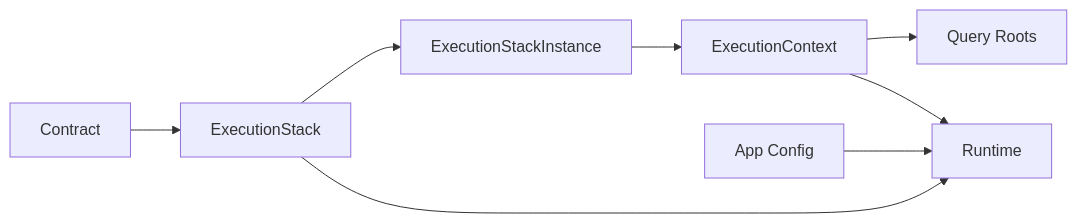
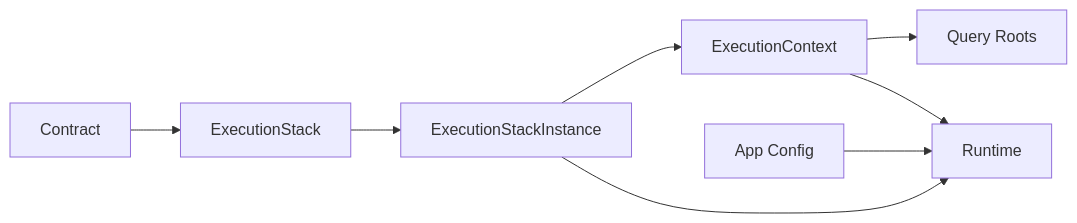
One commit to prisma/prisma-next changed the diagram in examples/prisma-next-demo/README.md. Above: the diagram before and after it, drawn with Mermaid. The commit also changed 2 other files, not shown here.

Commit message:
docs: address PR feedback on runtime docs and tests
- Rename test to reflect offline mode creation rather than driver behavior
- Fix driverOptions shape to use nested connect pattern in docs
- Fix architecture diagram to show Runtime from StackInstance not Stack

````diff
--- a/examples/prisma-next-demo/README.md
+++ b/examples/prisma-next-demo/README.md
@@ -64,10 +64,10 @@
 ```mermaid
 flowchart LR
   Contract[Contract] --> Stack[ExecutionStack]
   Stack --> StackI[ExecutionStackInstance]
   StackI --> Context[ExecutionContext]
   Context --> QueryRoots[Query Roots]
   AppConfig[App Config] --> Runtime[Runtime]
-  Stack --> Runtime
+  StackI --> Runtime
   Context --> Runtime
 ```
````
